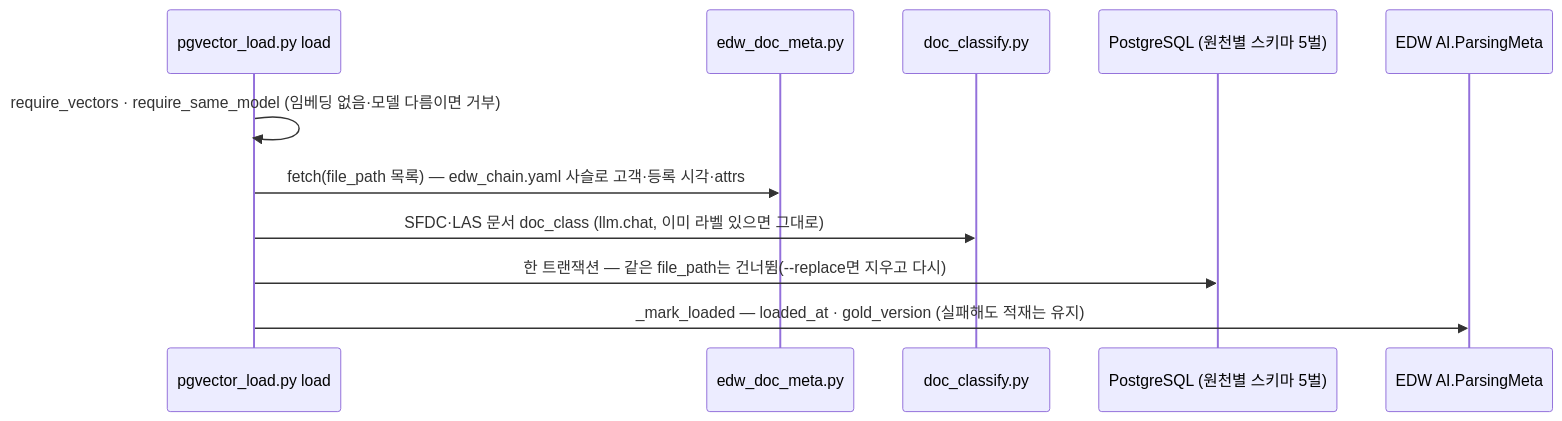
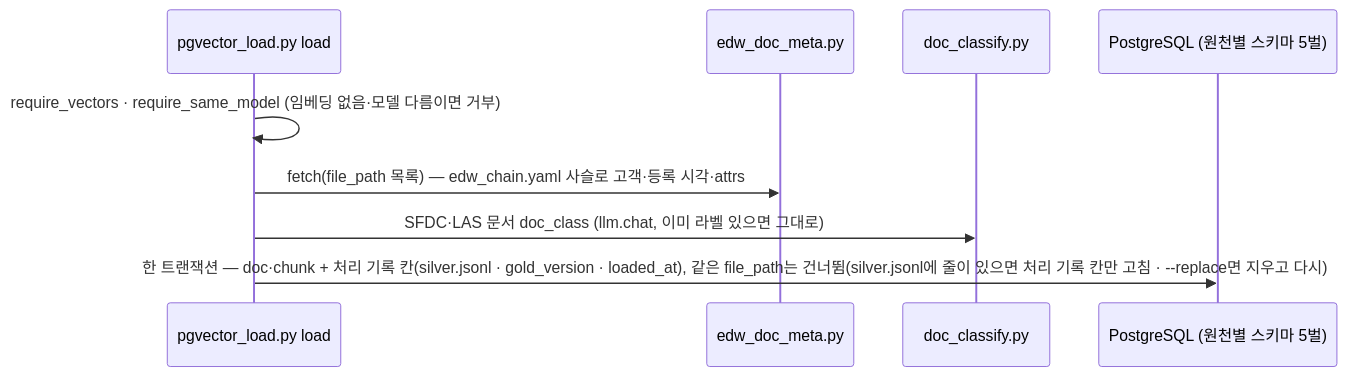
The ninth of 11 diagrams in docs/architecture/parse_flow.md (gigasamba/sbl_data_parsing), drawn with Mermaid before and after one commit. The commit also changed other lines of this file and 75 other files, not shown here.

````diff
--- a/docs/architecture/parse_flow.md
+++ b/docs/architecture/parse_flow.md
@@ -427,13 +424,11 @@
 ```mermaid
 sequenceDiagram
     participant L as pgvector_load.py load
     participant M as edw_doc_meta.py
     participant K as doc_classify.py
     participant P as PostgreSQL (원천별 스키마 5벌)
-    participant E as EDW AI.ParsingMeta
     L->>L: require_vectors · require_same_model (임베딩 없음·모델 다름이면 거부)
     L->>M: fetch(file_path 목록) — edw_chain.yaml 사슬로 고객·등록 시각·attrs
     L->>K: SFDC·LAS 문서 doc_class (llm.chat, 이미 라벨 있으면 그대로)
-    L->>P: 한 트랜잭션 — 같은 file_path는 건너뜀(--replace면 지우고 다시)
-    L->>E: _mark_loaded — loaded_at · gold_version (실패해도 적재는 유지)
+    L->>P: 한 트랜잭션 — doc·chunk + 처리 기록 칸(silver.jsonl · gold_version · loaded_at), 같은 file_path는 건너뜀(silver.jsonl에 줄이 있으면 처리 기록 칸만 고침 · --replace면 지우고 다시)
 ```
````
